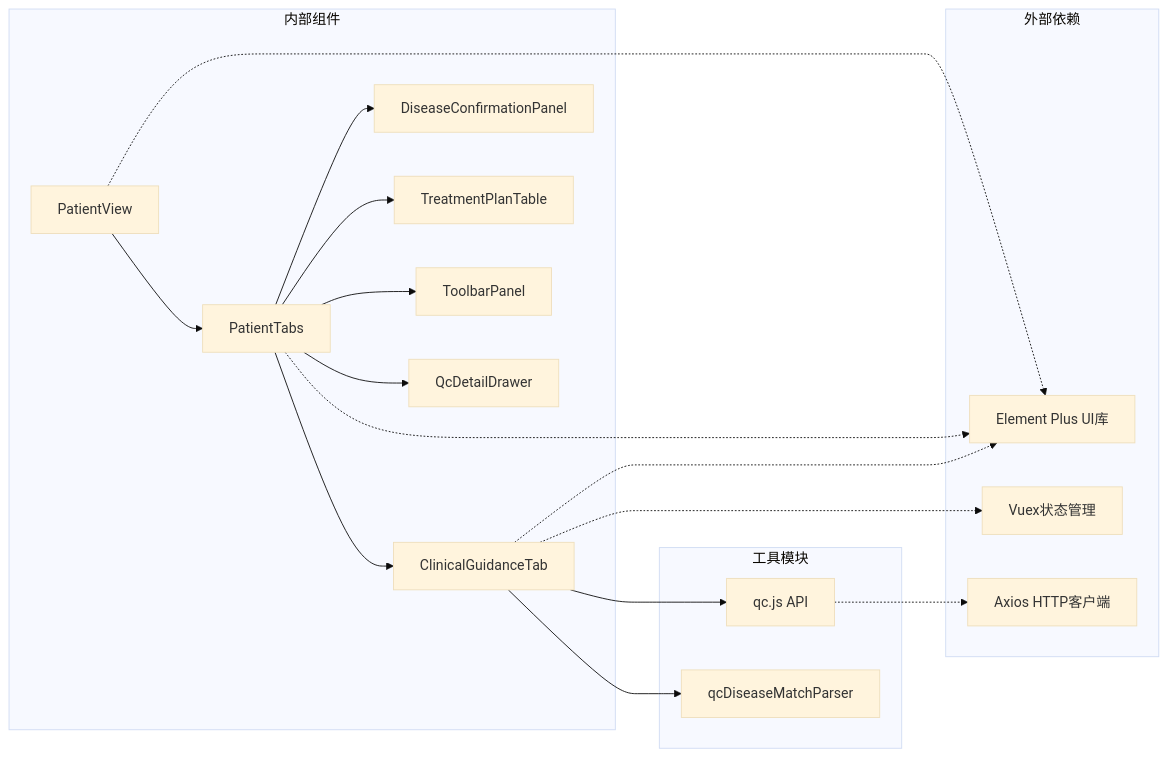
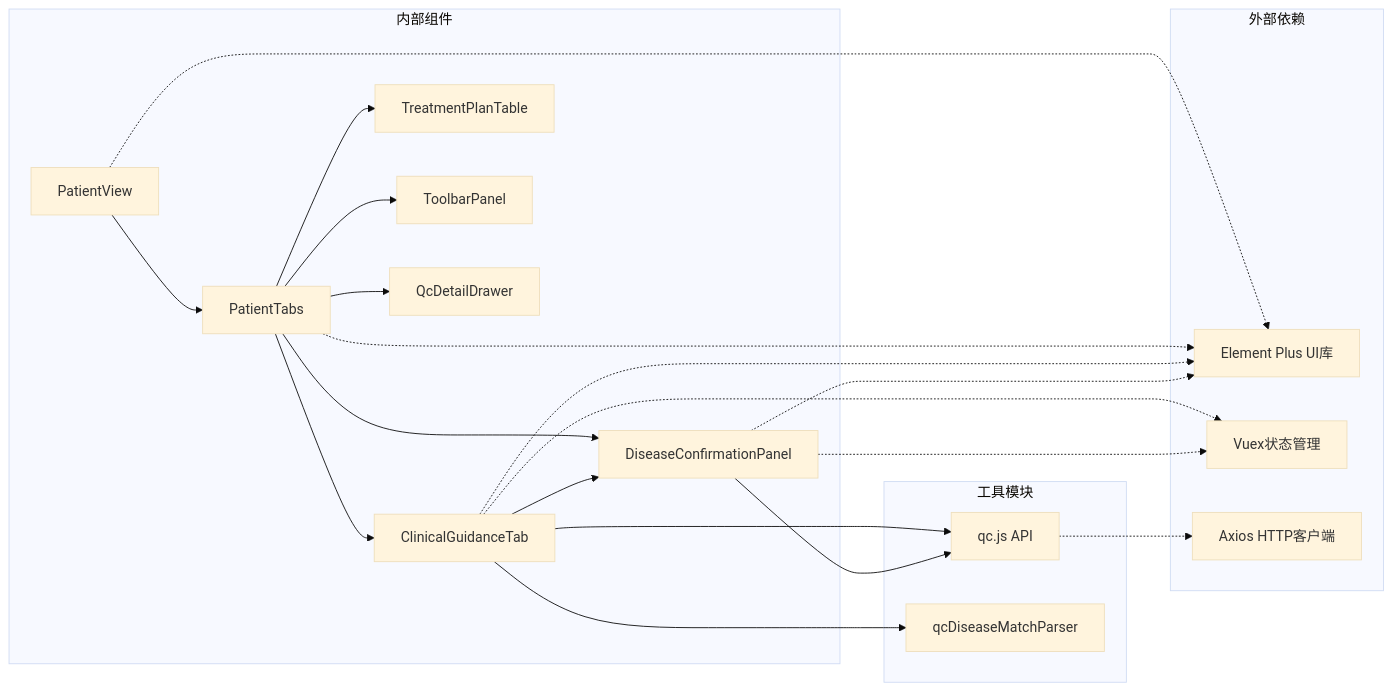
Before and after one commit to liuzh2008/med_ai_assistant_workspace: the tenth of 10 diagrams in .qoder/repowiki/zh/content/临床指引Tab.md, drawn with Mermaid (base theme). The commit also changed other lines of this file and 5 other files, not shown here.

````diff
--- a/.qoder/repowiki/zh/content/临床指引Tab.md
+++ b/.qoder/repowiki/zh/content/临床指引Tab.md
@@ -293,34 +436,38 @@
 ```mermaid
 graph LR
 subgraph "外部依赖"
 ElementPlus[Element Plus UI库]
 Vue[Vuex状态管理]
 Axios[Axios HTTP客户端]
 end
 subgraph "内部组件"
 PatientView[PatientView]
 PatientTabs[PatientTabs]
 ClinicalGuidanceTab[ClinicalGuidanceTab]
 DiseaseConfirmationPanel[DiseaseConfirmationPanel]
 TreatmentPlanTable[TreatmentPlanTable]
 ToolbarPanel[ToolbarPanel]
 QcDetailDrawer[QcDetailDrawer]
 end
 subgraph "工具模块"
 qcAPI[qc.js API]
 parser[qcDiseaseMatchParser]
 end
 PatientView --> PatientTabs
 PatientTabs --> ClinicalGuidanceTab
 PatientTabs --> DiseaseConfirmationPanel
 PatientTabs --> TreatmentPlanTable
 PatientTabs --> ToolbarPanel
 PatientTabs --> QcDetailDrawer
+ClinicalGuidanceTab --> DiseaseConfirmationPanel
 ClinicalGuidanceTab --> qcAPI
 ClinicalGuidanceTab --> parser
+DiseaseConfirmationPanel --> qcAPI
 PatientView -.-> ElementPlus
 PatientTabs -.-> ElementPlus
 ClinicalGuidanceTab -.-> ElementPlus
+DiseaseConfirmationPanel -.-> ElementPlus
 ClinicalGuidanceTab -.-> Vue
+DiseaseConfirmationPanel -.-> Vue
 qcAPI -.-> Axios
 ```
````
